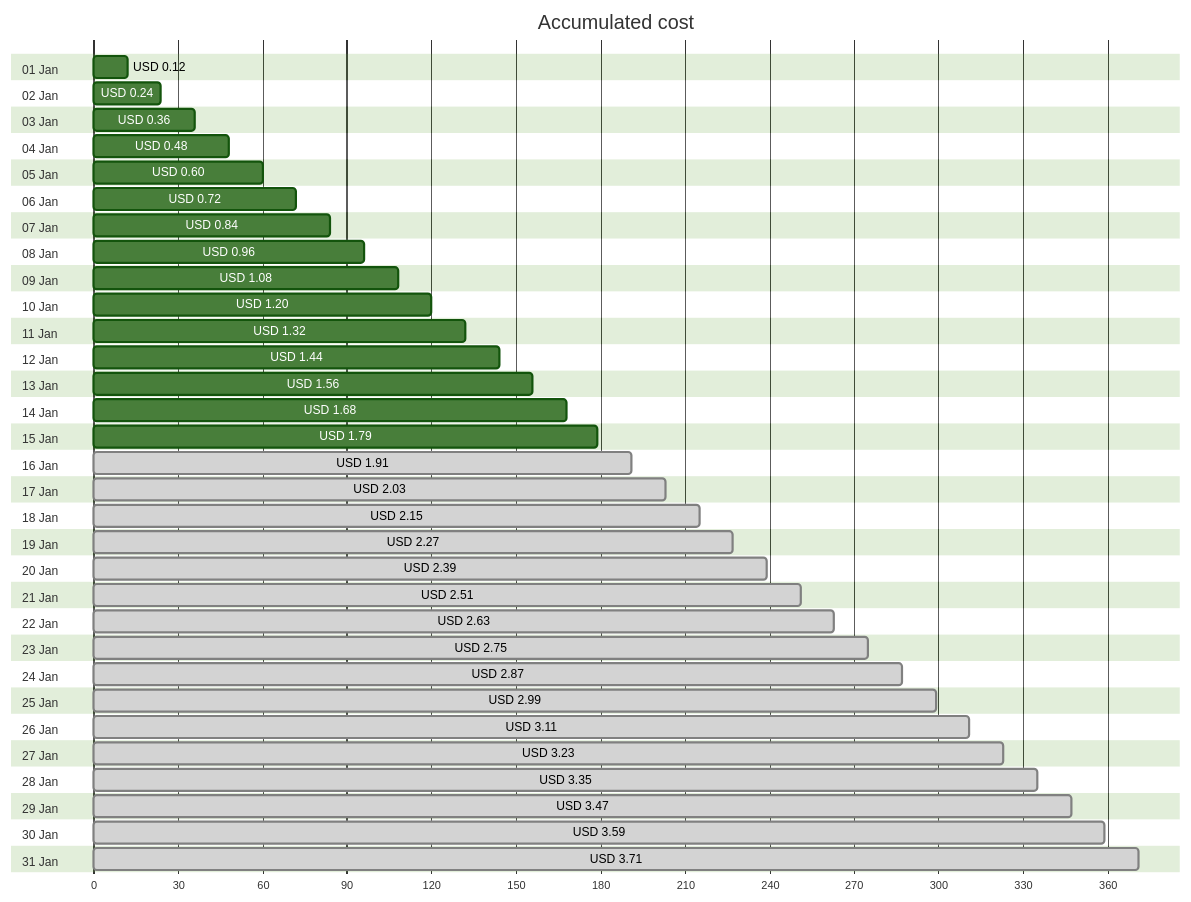
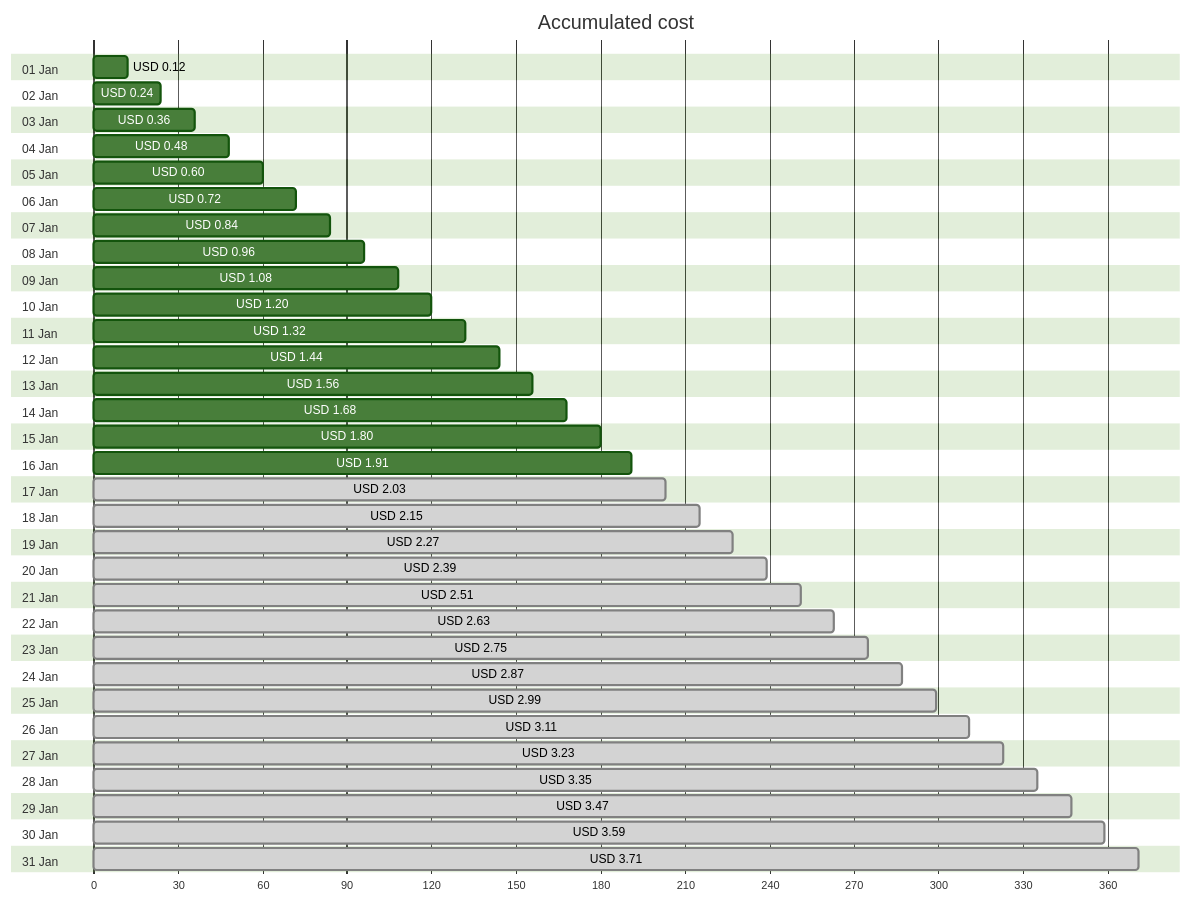
One commit to jpfulton/azure-personal-reports changed the first of 4 diagrams in cost-reports/personal-network/backup-server-public-ip.md. Above: the diagram before and after it, drawn with Mermaid (forest theme). The commit also changed other lines of this file and 8 other files, not shown here.

````diff
--- a/cost-reports/personal-network/backup-server-public-ip.md
+++ b/cost-reports/personal-network/backup-server-public-ip.md
@@ -20,68 +20,68 @@
 ```mermaid
 gantt
    title Accumulated cost
    dateFormat  X
    axisFormat %s
    section 01 Jan
    USD 0.12 :0, 12
    section 02 Jan
    USD 0.24 :0, 24
    section 03 Jan
    USD 0.36 :0, 36
    section 04 Jan
    USD 0.48 :0, 48
    section 05 Jan
    USD 0.60 :0, 60
    section 06 Jan
    USD 0.72 :0, 72
    section 07 Jan
    USD 0.84 :0, 84
    section 08 Jan
    USD 0.96 :0, 96
    section 09 Jan
    USD 1.08 :0, 108
    section 10 Jan
    USD 1.20 :0, 120
    section 11 Jan
    USD 1.32 :0, 132
    section 12 Jan
    USD 1.44 :0, 144
    section 13 Jan
    USD 1.56 :0, 156
    section 14 Jan
    USD 1.68 :0, 168
    section 15 Jan
-   USD 1.79 :0, 179
+   USD 1.80 :0, 180
    section 16 Jan
-   USD 1.91 : done, 0, 191
+   USD 1.91 :0, 191
    section 17 Jan
    USD 2.03 : done, 0, 203
    section 18 Jan
    USD 2.15 : done, 0, 215
    section 19 Jan
    USD 2.27 : done, 0, 227
    section 20 Jan
    USD 2.39 : done, 0, 239
    section 21 Jan
    USD 2.51 : done, 0, 251
    section 22 Jan
    USD 2.63 : done, 0, 263
    section 23 Jan
    USD 2.75 : done, 0, 275
    section 24 Jan
    USD 2.87 : done, 0, 287
    section 25 Jan
    USD 2.99 : done, 0, 299
    section 26 Jan
    USD 3.11 : done, 0, 311
    section 27 Jan
    USD 3.23 : done, 0, 323
    section 28 Jan
    USD 3.35 : done, 0, 335
    section 29 Jan
    USD 3.47 : done, 0, 347
    section 30 Jan
    USD 3.59 : done, 0, 359
    section 31 Jan
    USD 3.71 : done, 0, 371
 ```
````
